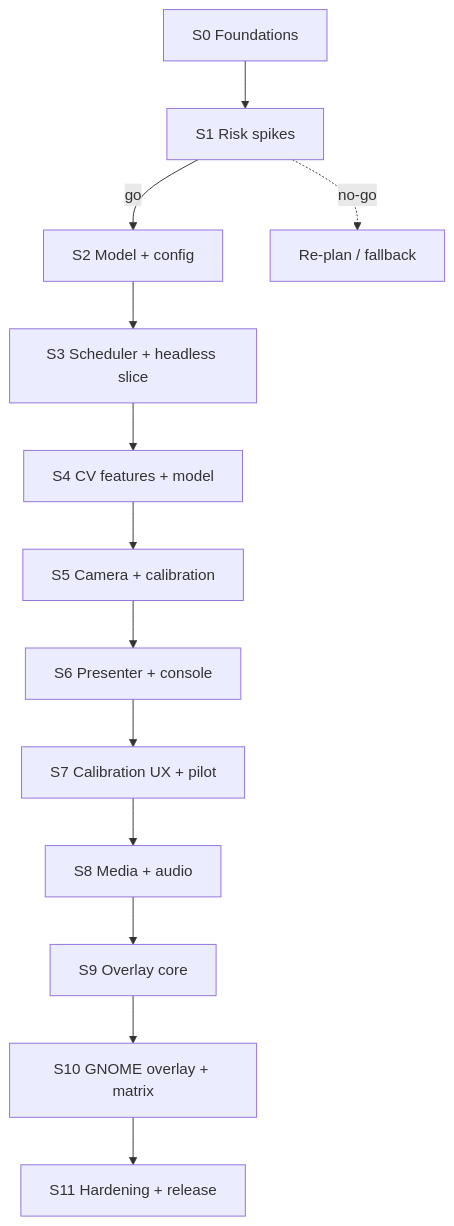
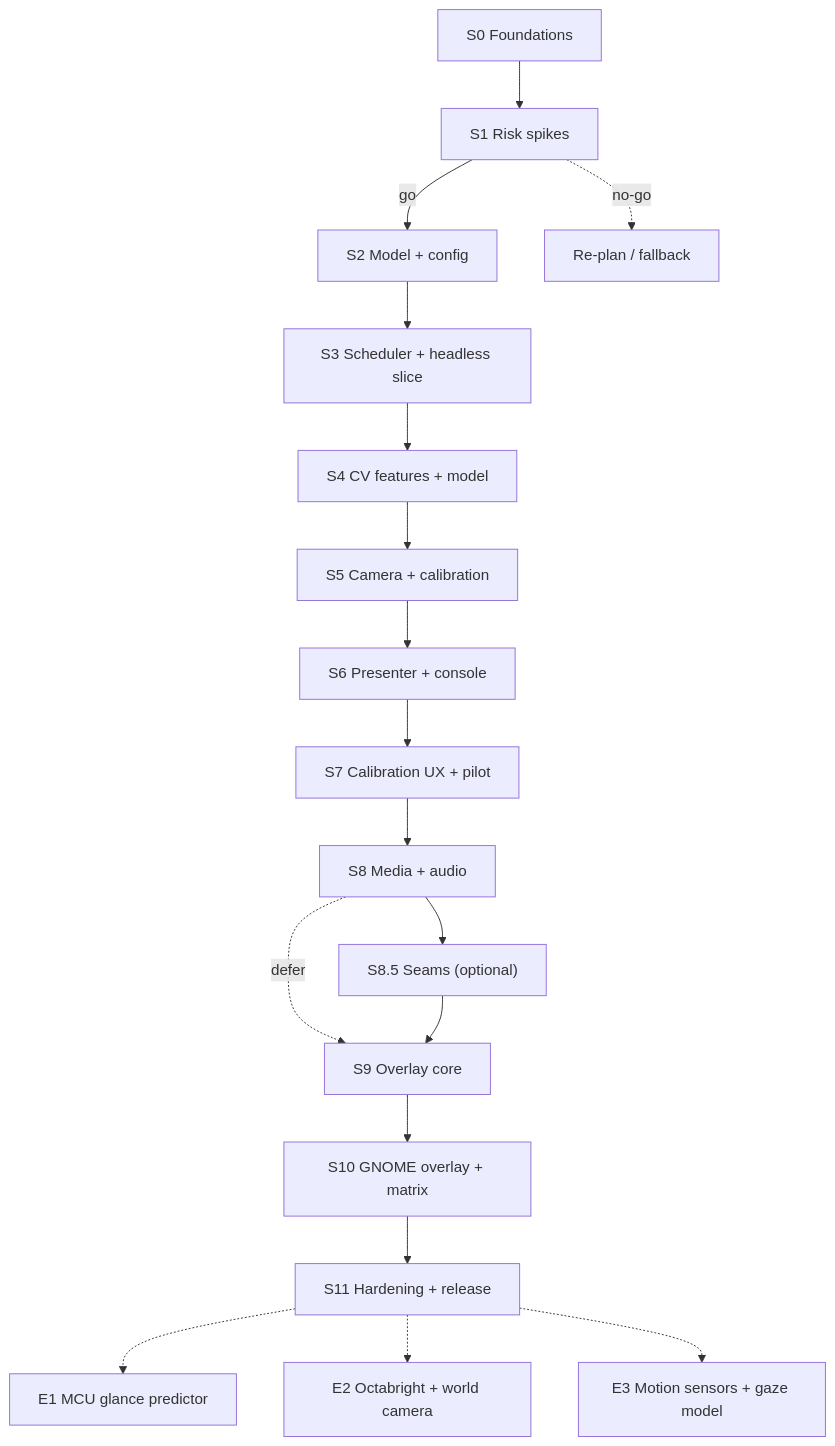
The second of 2 diagrams in DEVELOPMENT_PLAN.md (schmettow/yet-rs), drawn with Mermaid before and after one commit. The commit also changed other lines of this file and 2 other files, not shown here.

````diff
--- a/DEVELOPMENT_PLAN.md
+++ b/DEVELOPMENT_PLAN.md
@@ -302,15 +514,20 @@
 ```mermaid
 flowchart TD
     S0["S0 Foundations"] --> S1["S1 Risk spikes"]
     S1 -->|go| S2["S2 Model + config"]
     S1 -.->|no-go| R["Re-plan / fallback"]
     S2 --> S3["S3 Scheduler + headless slice"]
     S3 --> S4["S4 CV features + model"]
     S4 --> S5["S5 Camera + calibration"]
     S5 --> S6["S6 Presenter + console"]
     S6 --> S7["S7 Calibration UX + pilot"]
     S7 --> S8["S8 Media + audio"]
-    S8 --> S9["S9 Overlay core"]
+    S8 --> S85["S8.5 Seams (optional)"]
+    S8 -.->|defer| S9
+    S85 --> S9["S9 Overlay core"]
     S9 --> S10["S10 GNOME overlay + matrix"]
     S10 --> S11["S11 Hardening + release"]
+    S11 -.-> E1["E1 MCU glance predictor"]
+    S11 -.-> E2["E2 Octabright + world camera"]
+    S11 -.-> E3["E3 Motion sensors + gaze model"]
 ```
````
